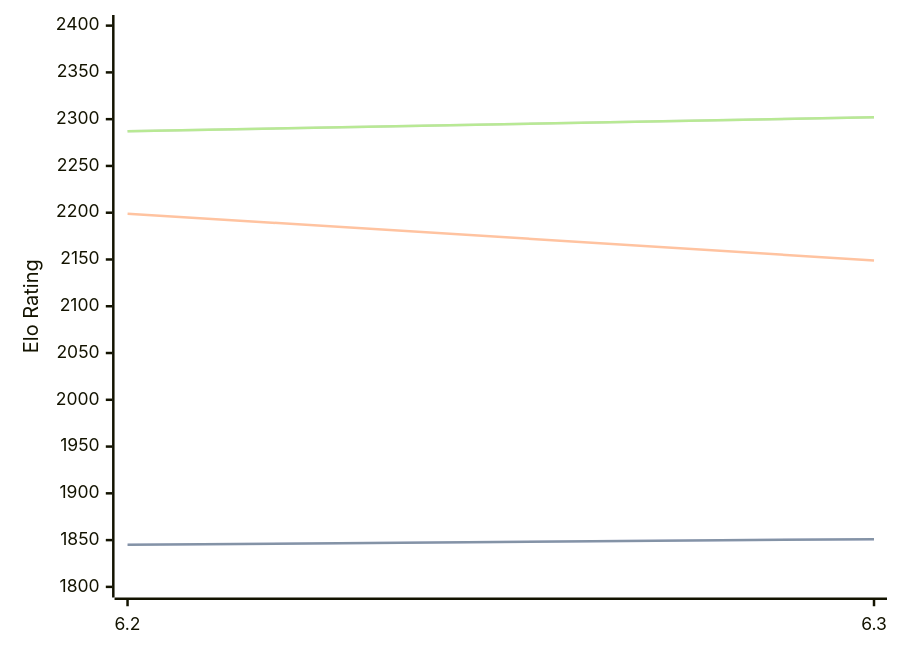
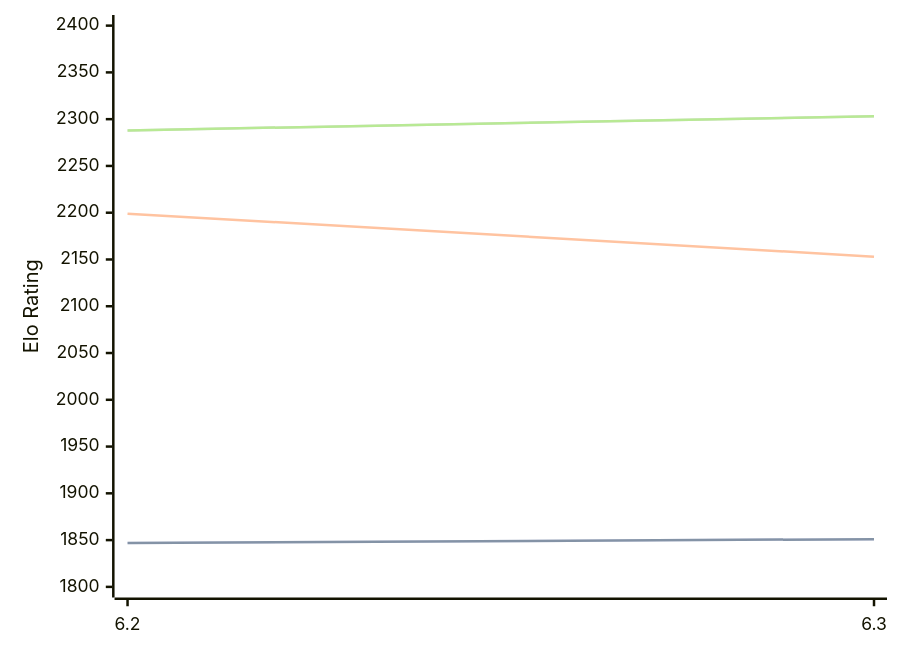
One commit to computer-chess-index/cci changed the third of 3 diagrams in engines/chess4j.md. Above: the diagram before and after it, drawn with Mermaid. The commit also changed other lines of this file, not shown here.

Commit message:
Update CCI Ratings (ELO VLTC) - 2026-07-08

````diff
--- a/engines/chess4j.md
+++ b/engines/chess4j.md
@@ -71,11 +71,11 @@
 ```mermaid
 %%{init: {"theme":"base","themeVariables":{"seriesColors:['#a3a3a3','#222221','#faa371']}}}%%
 xychart-beta
   x-axis ["6.2", "6.3"]
   y-axis "Elo Rating" 1800 --> 2400
-  line "STC (8.0+0.08s)" [1845, 1851]
-  line "STC (8.0+0.08s)" [1845, 1851]
-  line "LTC (60.0+0.60s)" [2199, 2149]
-  line "VLTC (2m24s+1.12s)" [2287, 2302]
-  line "VLTC (2m24s+1.12s)" [2287, 2302]
+  line "STC (8.0+0.08s)" [1847, 1851]
+  line "STC (8.0+0.08s)" [1847, 1851]
+  line "LTC (60.0+0.60s)" [2199, 2153]
+  line "VLTC (2m24s+1.12s)" [2288, 2303]
+  line "VLTC (2m24s+1.12s)" [2288, 2303]
 ```
````
